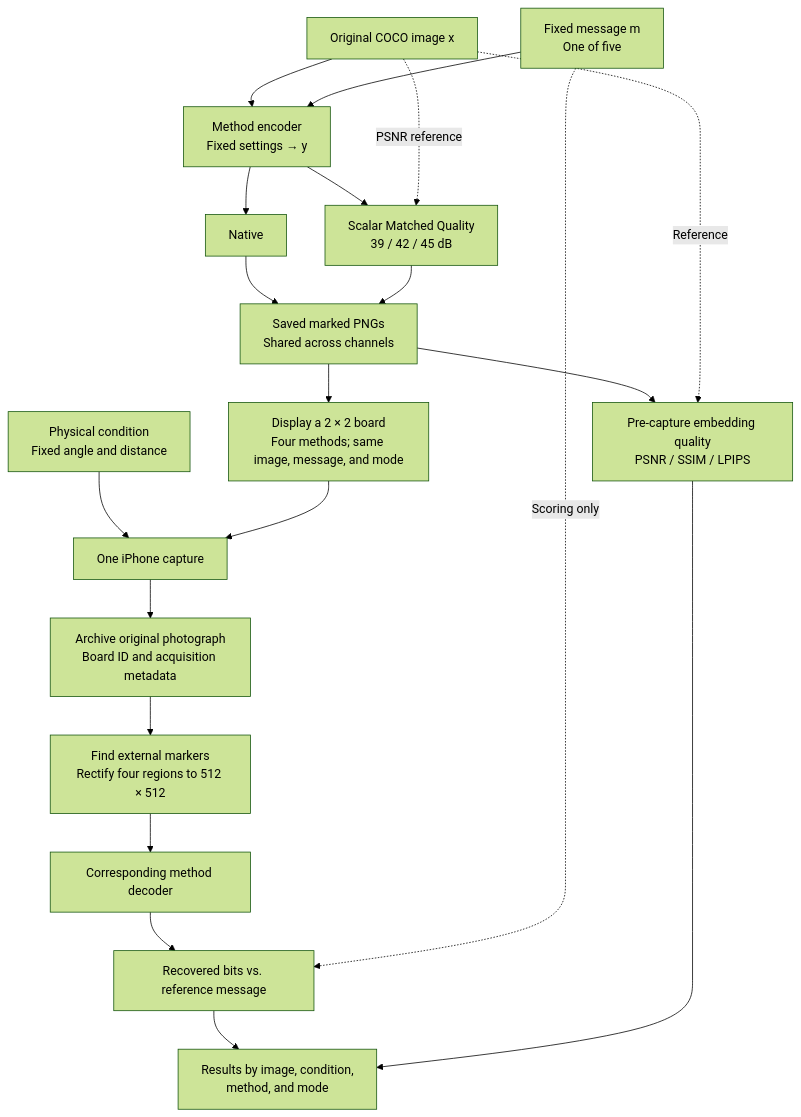
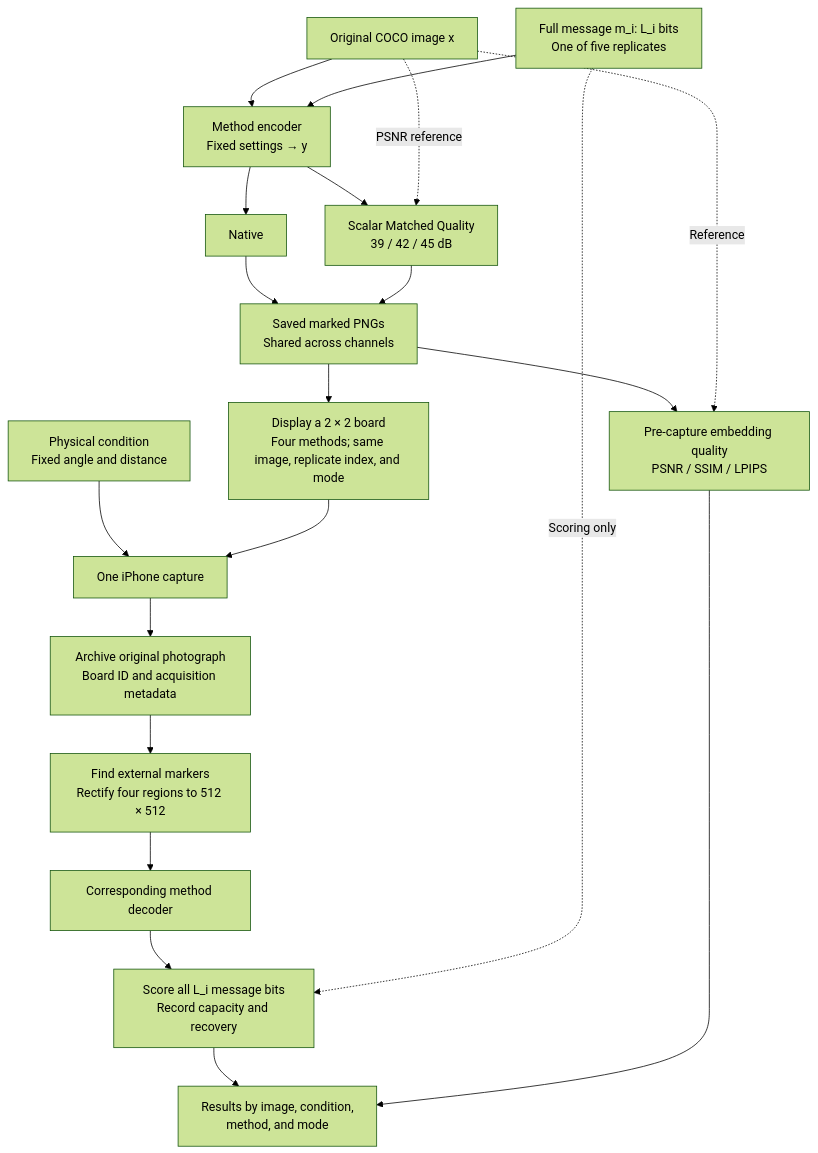
Before and after one commit to lonay01/stego-benchmark: the diagram in docs/physical-channel-protocol.md, drawn with Mermaid (forest theme). The commit also changed other lines of this file and 4 other files, not shown here.

````diff
--- a/docs/physical-channel-protocol.md
+++ b/docs/physical-channel-protocol.md
@@ -54,24 +60,24 @@
 ```mermaid
 flowchart TD
     X["Original COCO image x"]
-    M["Fixed message m<br/>One of five"]
+    M["Full message m_i: L_i bits<br/>One of five replicates"]
     X --> E["Method encoder<br/>Fixed settings → y"]
     M --> E
     E --> N["Native"]
     E --> Q["Scalar Matched Quality<br/>39 / 42 / 45 dB"]
     X -. "PSNR reference" .-> Q
     N --> S["Saved marked PNGs<br/>Shared across channels"]
     Q --> S
-    S --> G["Display a 2 × 2 board<br/>Four methods; same image, message, and mode"]
+    S --> G["Display a 2 × 2 board<br/>Four methods; same image, replicate index, and mode"]
     C["Physical condition<br/>Fixed angle and distance"] --> P["One iPhone capture"]
     G --> P
     P --> O["Archive original photograph<br/>Board ID and acquisition metadata"]
     O --> R["Find external markers<br/>Rectify four regions to 512 × 512"]
     R --> D["Corresponding method decoder"]
-    D --> B["Recovered bits vs. reference message"]
+    D --> B["Score all L_i message bits<br/>Record capacity and recovery"]
     M -. "Scoring only" .-> B
     S --> K["Pre-capture embedding quality<br/>PSNR / SSIM / LPIPS"]
     X -. "Reference" .-> K
     B --> T["Results by image, condition,<br/>method, and mode"]
     K --> T
 ```
````
